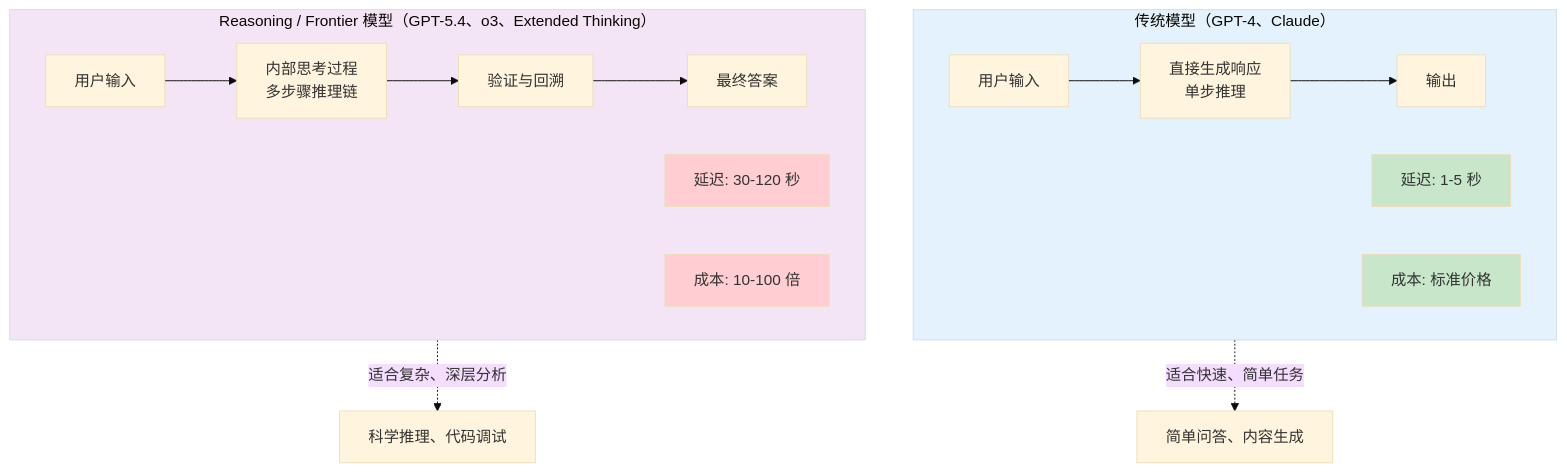
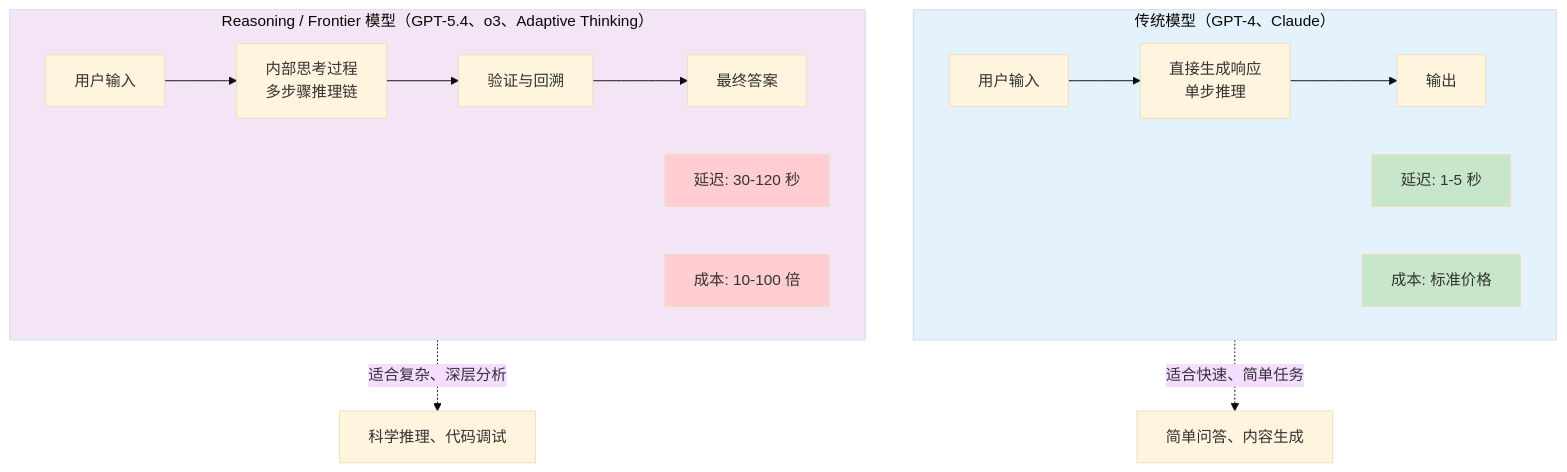
The first of 3 diagrams in 06_chain_of_thought/6.6_reasoning_decision_framework.md (changsongyang/prompt_engineering_guide), drawn with Mermaid (base theme) before and after one commit. The commit also changed other lines of this file and 1 other file, not shown here.

Commit message:
Update Extended to Adaptive Thinking

````diff
--- a/06_chain_of_thought/6.6_reasoning_decision_framework.md
+++ b/06_chain_of_thought/6.6_reasoning_decision_framework.md
@@ -9,38 +11,38 @@
 ```mermaid
 graph TB
     subgraph Traditional["传统模型（GPT-4、Claude）"]
         Input1["用户输入"]
         Process1["直接生成响应<br/>单步推理"]
         Output1["输出"]
 
         Input1 --> Process1
         Process1 --> Output1
 
         Latency1["延迟: 1-5 秒"]
         Cost1["成本: 标准价格"]
     end
 
-    subgraph Reasoning["Reasoning / Frontier 模型（GPT-5.4、o3、Extended Thinking）"]
+    subgraph Reasoning["Reasoning / Frontier 模型（GPT-5.4、o3、Adaptive Thinking）"]
         Input2["用户输入"]
         Thinking["内部思考过程<br/>多步骤推理链"]
         Verification["验证与回溯"]
         Output2["最终答案"]
 
         Input2 --> Thinking
         Thinking --> Verification
         Verification --> Output2
 
         Latency2["延迟: 30-120 秒"]
         Cost2["成本: 10-100 倍"]
     end
 
     Traditional -.->|适合快速、简单任务| Use1["简单问答、内容生成"]
     Reasoning -.->|适合复杂、深层分析| Use2["科学推理、代码调试"]
 
     style Traditional fill:#e3f2fd
     style Reasoning fill:#f3e5f5
     style Latency1 fill:#c8e6c9
     style Latency2 fill:#ffcdd2
     style Cost1 fill:#c8e6c9
     style Cost2 fill:#ffcdd2
 ```
````
